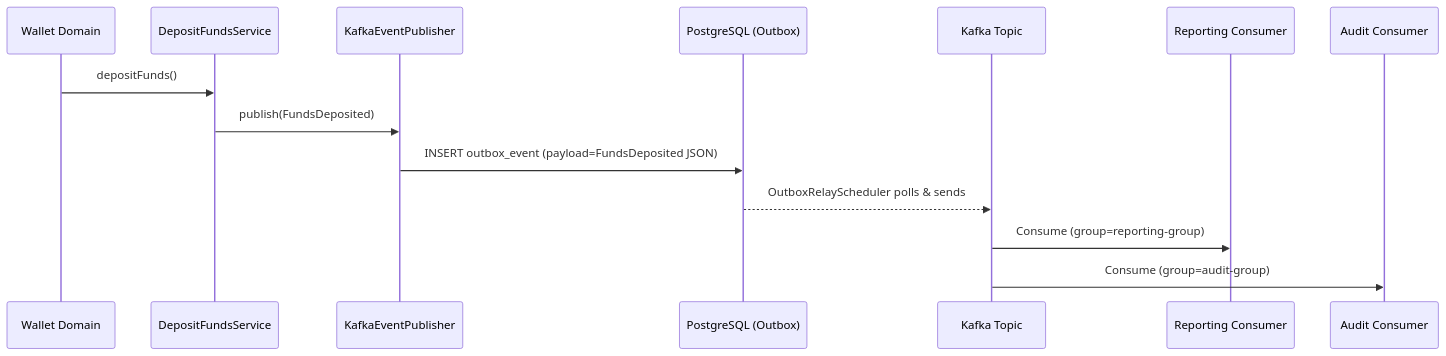
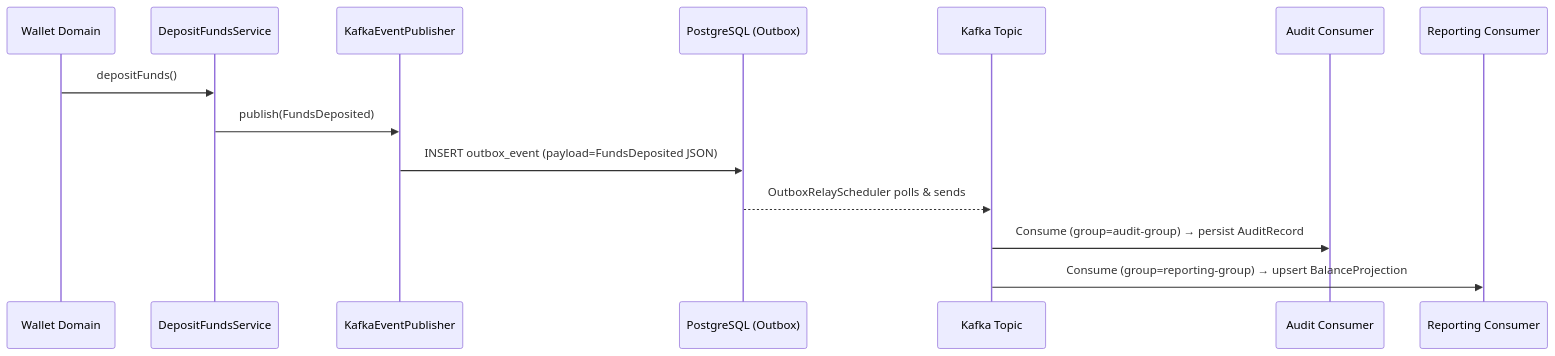
The second of 2 diagrams in docs/obsidian/03 - Domain Events/FundsDeposited.md (AlexAlvarezGallardo-GitHub/Aegis), drawn with Mermaid before and after one commit. The commit also changed other lines of this file and 87 other files, not shown here.

````diff
--- a/docs/obsidian/03 - Domain Events/FundsDeposited.md
+++ b/docs/obsidian/03 - Domain Events/FundsDeposited.md
@@ -25,17 +25,17 @@
 ```mermaid
 sequenceDiagram
     participant Wallet as Wallet Domain
     participant Svc as DepositFundsService
     participant Pub as KafkaEventPublisher
     participant DB as PostgreSQL (Outbox)
     participant Kafka as Kafka Topic
+    participant Audit as Audit Consumer
     participant Report as Reporting Consumer
-    participant Audit as Audit Consumer
 
     Wallet->>Svc: depositFunds()
     Svc->>Pub: publish(FundsDeposited)
     Pub->>DB: INSERT outbox_event (payload=FundsDeposited JSON)
     DB-->>Kafka: OutboxRelayScheduler polls & sends
-    Kafka->>Report: Consume (group=reporting-group)
-    Kafka->>Audit: Consume (group=audit-group)
+    Kafka->>Audit: Consume (group=audit-group) → persist AuditRecord
+    Kafka->>Report: Consume (group=reporting-group) → upsert BalanceProjection
 ```
````
